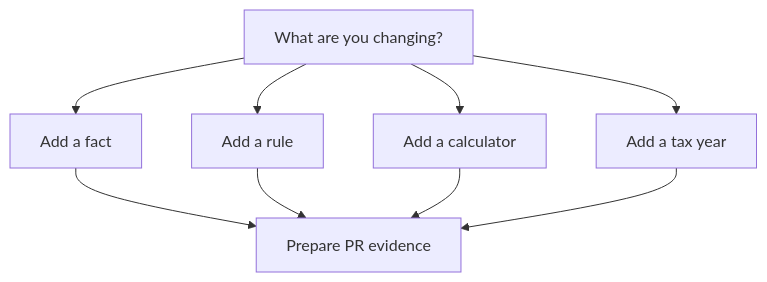
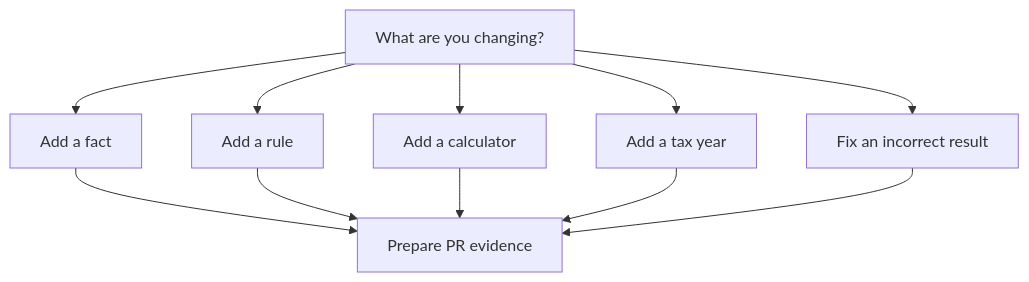
The diagram in apps/docs/content/contributing/index.mdx (crcorbett/taxkit), drawn with Mermaid before and after one commit. The commit also changed other lines of this file and 16 other files, not shown here.

````diff
--- a/apps/docs/content/contributing/index.mdx
+++ b/apps/docs/content/contributing/index.mdx
@@ -29,17 +23,20 @@
 ```mermaid
 flowchart TD
   Change["What are you changing?"]
   Fact["Add a fact"]
   Rule["Add a rule"]
   Calculator["Add a calculator"]
   TaxYear["Add a tax year"]
+  Incorrect["Fix an incorrect result"]
   Evidence["Prepare PR evidence"]
   Change --> Fact
   Change --> Rule
   Change --> Calculator
   Change --> TaxYear
+  Change --> Incorrect
   Fact --> Evidence
   Rule --> Evidence
   Calculator --> Evidence
   TaxYear --> Evidence
+  Incorrect --> Evidence
 ```
````
